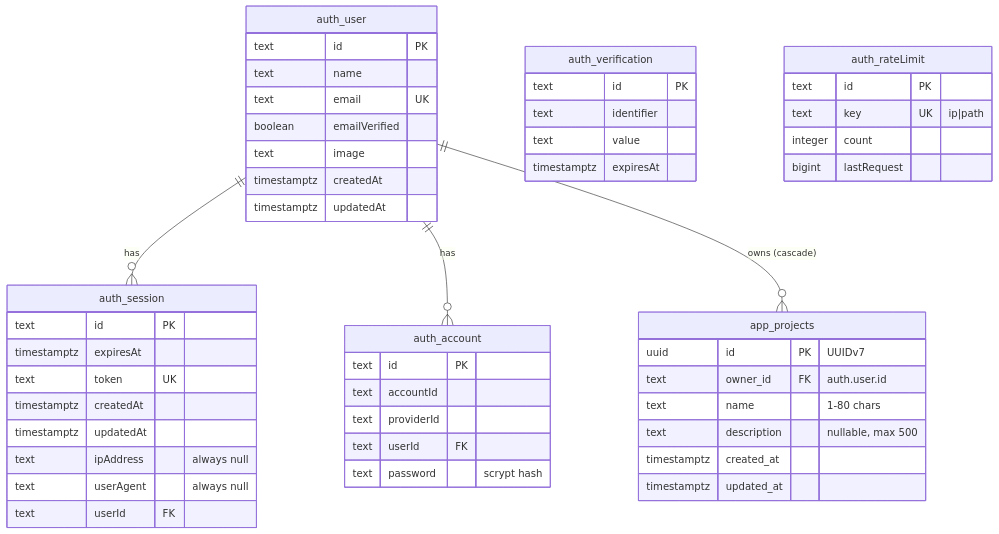
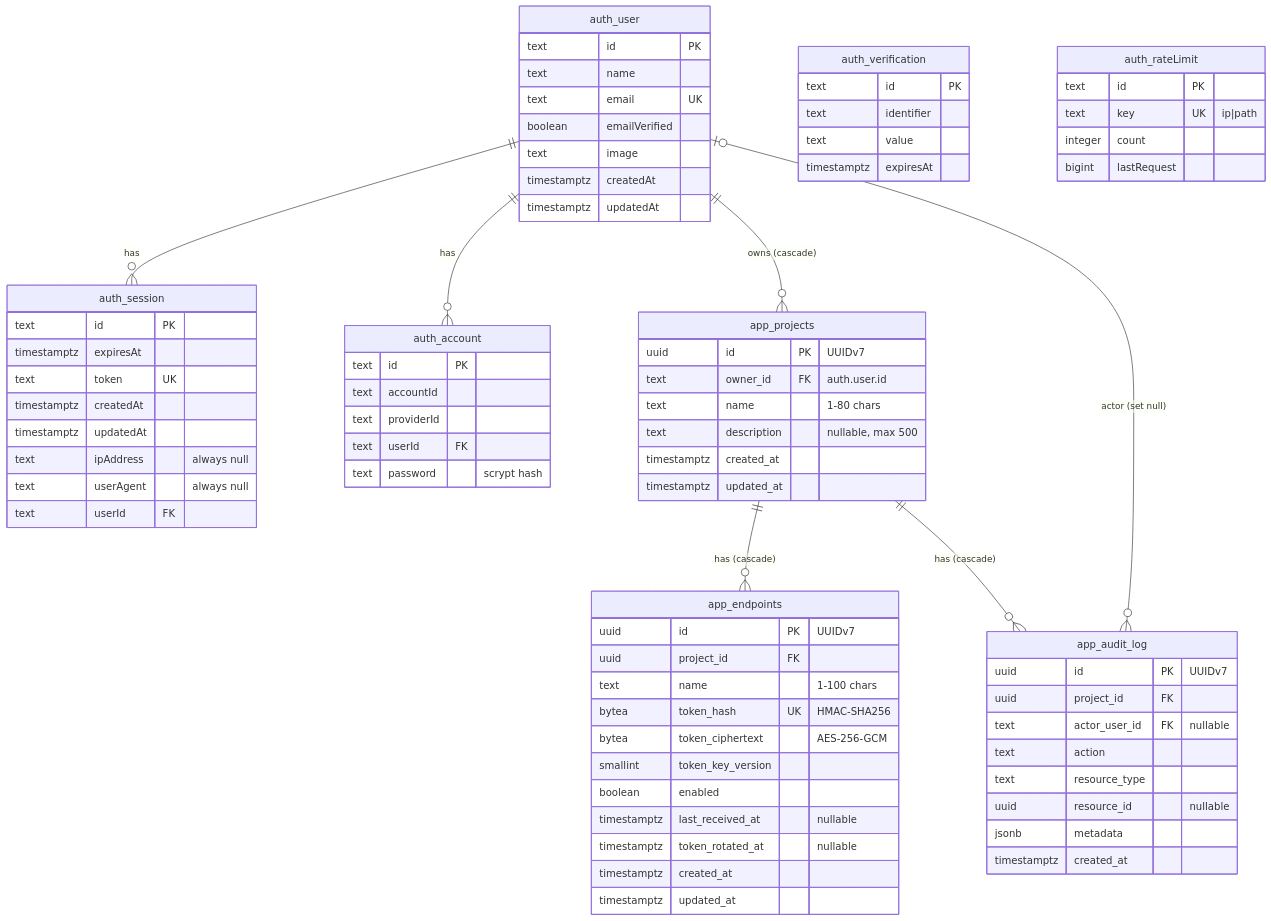
One commit to yasineh/relaylab-app changed the diagram in docs/architecture/erd.md. Above: the diagram before and after it, drawn with Mermaid. The commit also changed other lines of this file and 25 other files, not shown here.

Commit message:
WIP add-endpoint-management: schema, token crypto, service, API, and tests (tasks 1.1–3.5)

````diff
--- a/docs/architecture/erd.md
+++ b/docs/architecture/erd.md
@@ -15,52 +15,78 @@
 ```mermaid
 erDiagram
   auth_user ||--o{ auth_session : "has"
   auth_user ||--o{ auth_account : "has"
   auth_user ||--o{ app_projects : "owns (cascade)"
+  app_projects ||--o{ app_endpoints : "has (cascade)"
+  app_projects ||--o{ app_audit_log : "has (cascade)"
+  auth_user |o--o{ app_audit_log : "actor (set null)"
+  app_endpoints {
+    uuid id PK "UUIDv7"
+    uuid project_id FK
+    text name "1-100 chars"
+    bytea token_hash UK "HMAC-SHA256"
+    bytea token_ciphertext "AES-256-GCM"
+    smallint token_key_version
+    boolean enabled
+    timestamptz last_received_at "nullable"
+    timestamptz token_rotated_at "nullable"
+    timestamptz created_at
+    timestamptz updated_at
+  }
+  app_audit_log {
+    uuid id PK "UUIDv7"
+    uuid project_id FK
+    text actor_user_id FK "nullable"
+    text action
+    text resource_type
+    uuid resource_id "nullable"
+    jsonb metadata
+    timestamptz created_at
+  }
   app_projects {
     uuid id PK "UUIDv7"
     text owner_id FK "auth.user.id"
     text name "1-80 chars"
     text description "nullable, max 500"
     timestamptz created_at
     timestamptz updated_at
   }
   auth_user {
     text id PK
     text name
     text email UK
     boolean emailVerified
     text image
     timestamptz createdAt
     timestamptz updatedAt
   }
   auth_session {
     text id PK
     timestamptz expiresAt
     text token UK
     timestamptz createdAt
     timestamptz updatedAt
     text ipAddress "always null"
     text userAgent "always null"
     text userId FK
   }
   auth_account {
     text id PK
     text accountId
     text providerId
     text userId FK
     text password "scrypt hash"
   }
   auth_verification {
     text id PK
     text identifier
     text value
     timestamptz expiresAt
   }
   auth_rateLimit {
     text id PK
     text key UK "ip|path"
     integer count
     bigint lastRequest
   }
 ```
````
